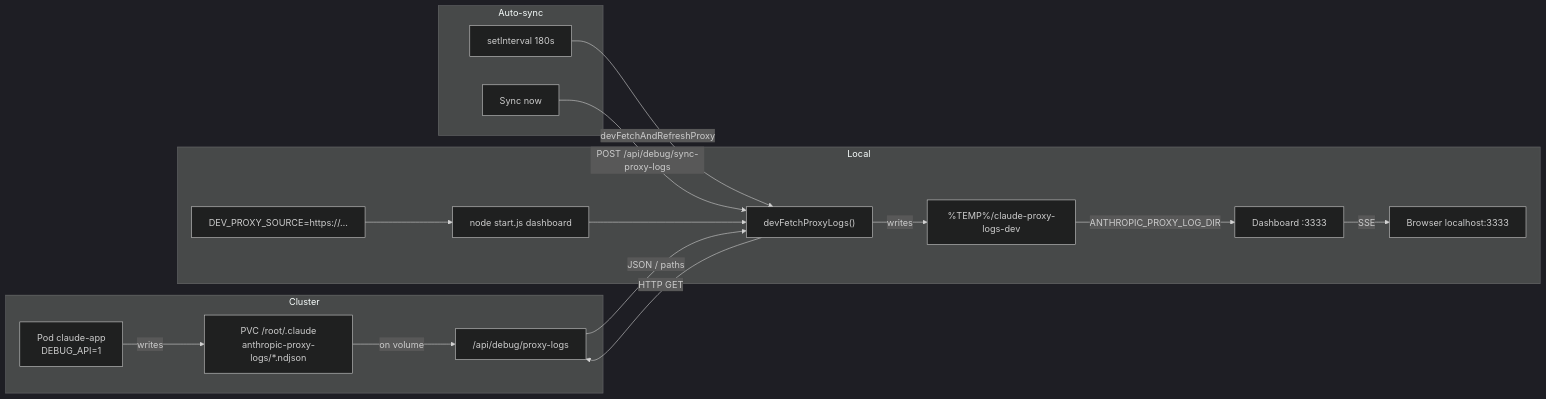
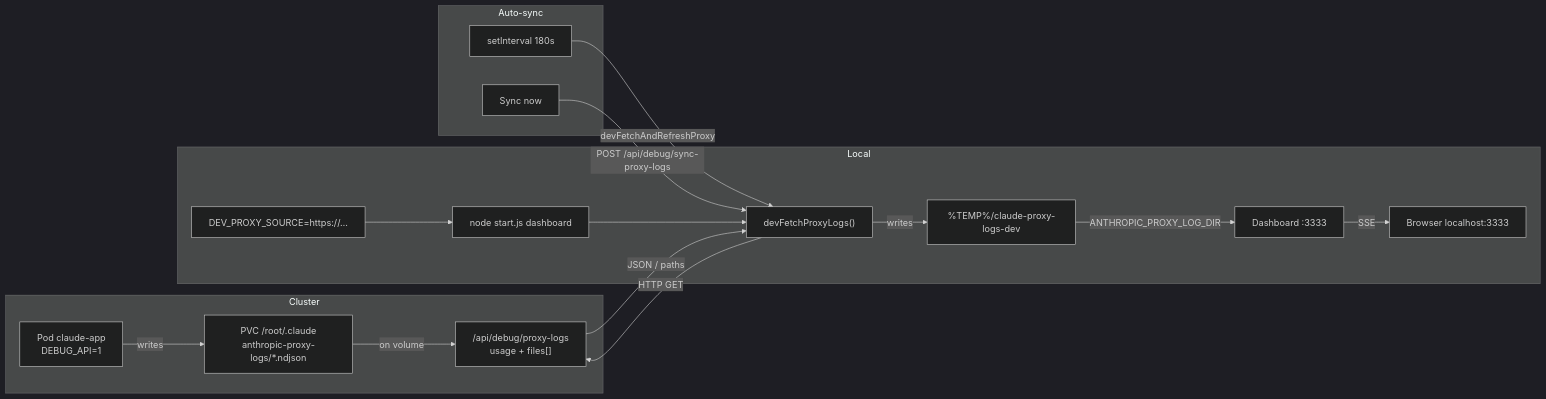
The diagram in docs/en/07-config-api-deployment.md (fgrosswig/claude-usage-dashboard), drawn with Mermaid (dark theme) before and after one commit. The commit also changed other lines of this file and 15 other files, not shown here.

````diff
--- a/docs/en/07-config-api-deployment.md
+++ b/docs/en/07-config-api-deployment.md
@@ -120,34 +145,34 @@
 ```mermaid
 flowchart LR
     subgraph Cluster
         Pod["Pod claude-app<br/>DEBUG_API=1"]
         PVC["PVC /root/.claude<br/>anthropic-proxy-logs/*.ndjson"]
         Pod -->|writes| PVC
-        API["/api/debug/proxy-logs"]
+        API["/api/debug/proxy-logs<br/>usage + files[]"]
         PVC -->|on volume| API
     end
 
     subgraph Local
         ENV["DEV_PROXY_SOURCE=https://…"]
         Start["node start.js dashboard"]
         Fetch["devFetchProxyLogs()"]
         TMP["%TEMP%/claude-proxy-logs-dev"]
         Server["Dashboard :3333"]
         Browser["Browser localhost:3333"]
 
         ENV --> Start
         Start --> Fetch
         Fetch -->|HTTP GET| API
         API -->|JSON / paths| Fetch
         Fetch -->|writes| TMP
         TMP -->|ANTHROPIC_PROXY_LOG_DIR| Server
         Server -->|SSE| Browser
     end
 
     subgraph AutoSync["Auto-sync"]
         Interval["setInterval 180s"]
         Sync["Sync now"]
         Interval -->|devFetchAndRefreshProxy| Fetch
         Sync -->|POST /api/debug/sync-proxy-logs| Fetch
     end
 ```
````
